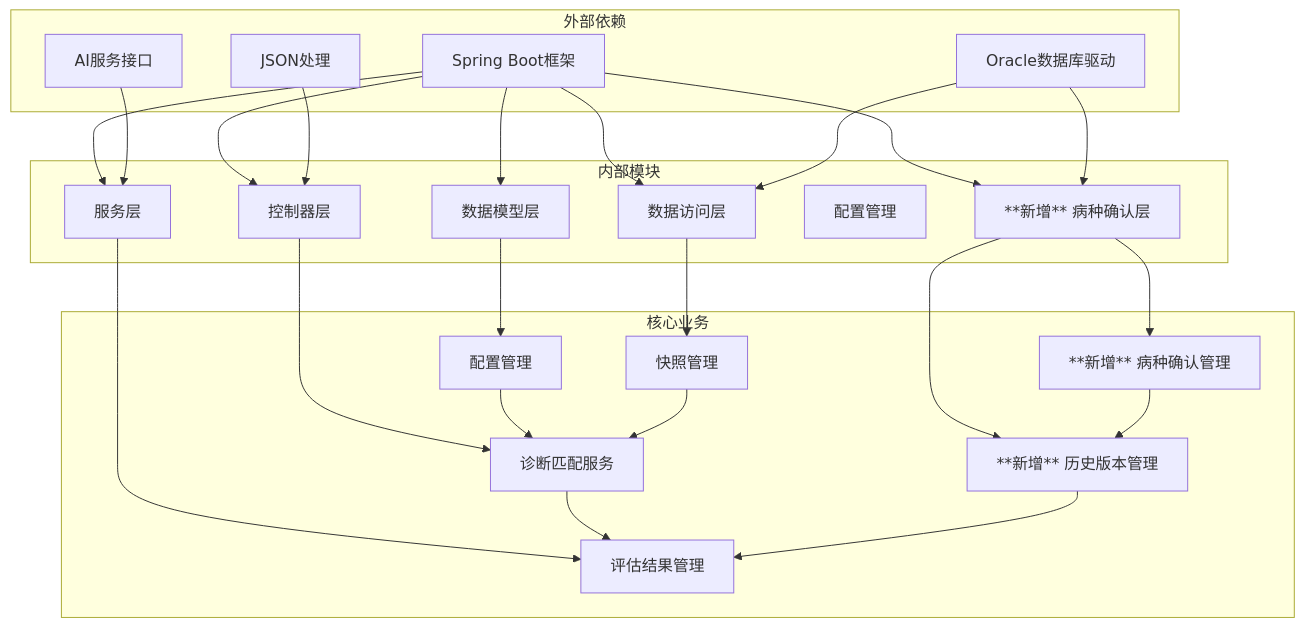
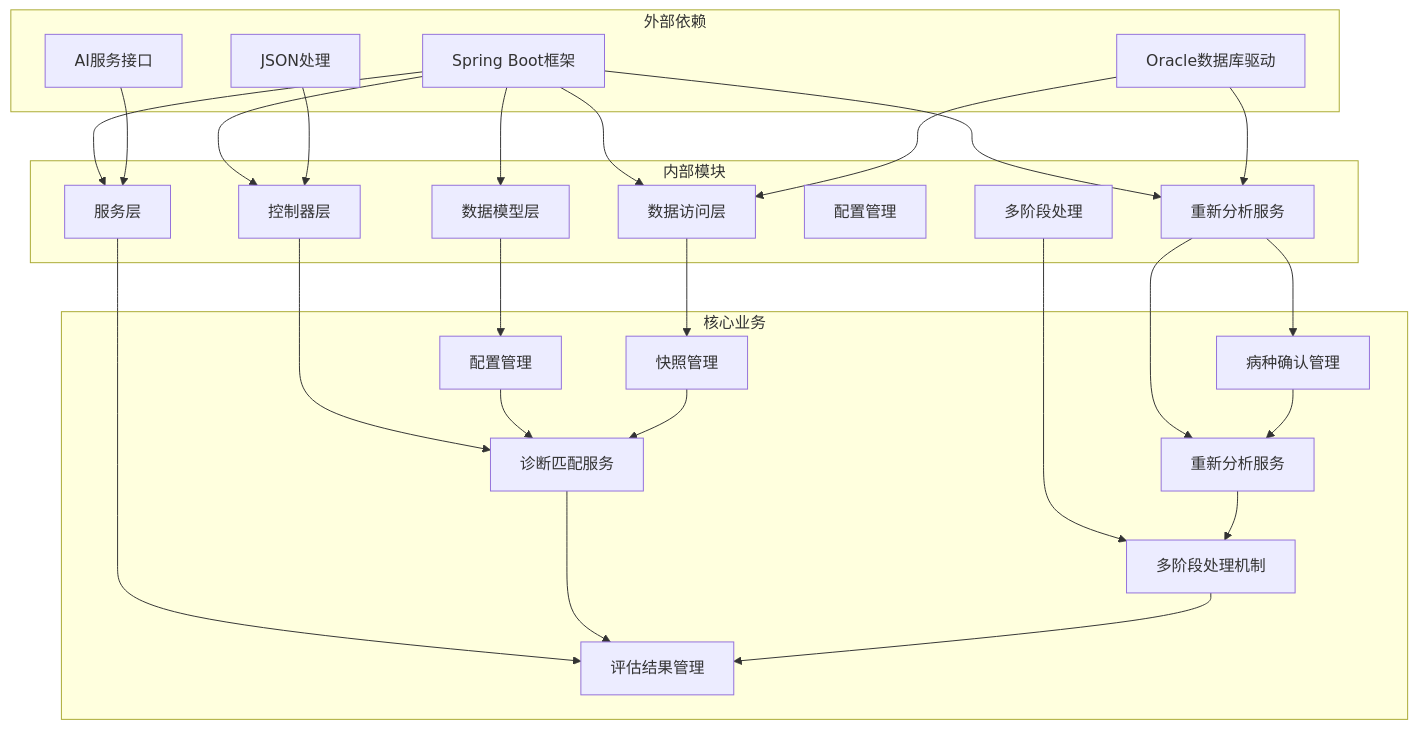
Diagram 11 of 11 in .qoder/repowiki/zh/content/QC评估引擎.md (liuzh2008/med_ai_assistant_workspace), drawn with Mermaid before and after one commit. The commit also changed other lines of this file and 5 other files, not shown here.

````diff
--- a/.qoder/repowiki/zh/content/QC评估引擎.md
+++ b/.qoder/repowiki/zh/content/QC评估引擎.md
@@ -619,45 +652,49 @@
 ```mermaid
 graph TB
 subgraph "外部依赖"
 EXT1[Spring Boot框架]
 EXT2[Oracle数据库驱动]
 EXT3[AI服务接口]
 EXT4[JSON处理]
 end
 subgraph "内部模块"
 MOD1[控制器层]
 MOD2[服务层]
 MOD3[数据模型层]
 MOD4[数据访问层]
 MOD5[配置管理]
-MOD6[**新增** 病种确认层]
+MOD6[重新分析服务]
+MOD7[多阶段处理]
 end
 subgraph "核心业务"
 BUS1[诊断匹配服务]
 BUS2[评估结果管理]
 BUS3[配置管理]
 BUS4[快照管理]
-BUS5[**新增** 病种确认管理]
-BUS6[**新增** 历史版本管理]
+BUS5[病种确认管理]
+BUS6[重新分析服务]
+BUS7[多阶段处理机制]
 end
 EXT1 --> MOD1
 EXT1 --> MOD2
 EXT1 --> MOD3
 EXT1 --> MOD4
 EXT1 --> MOD6
 EXT2 --> MOD4
 EXT2 --> MOD6
 EXT3 --> MOD2
 EXT4 --> MOD1
 MOD1 --> BUS1
 MOD2 --> BUS2
 MOD3 --> BUS3
 MOD4 --> BUS4
 MOD6 --> BUS5
 MOD6 --> BUS6
+MOD7 --> BUS7
 BUS1 --> BUS2
 BUS3 --> BUS1
 BUS4 --> BUS1
 BUS5 --> BUS6
-BUS6 --> BUS2
+BUS6 --> BUS7
+BUS7 --> BUS2
 ```
````
